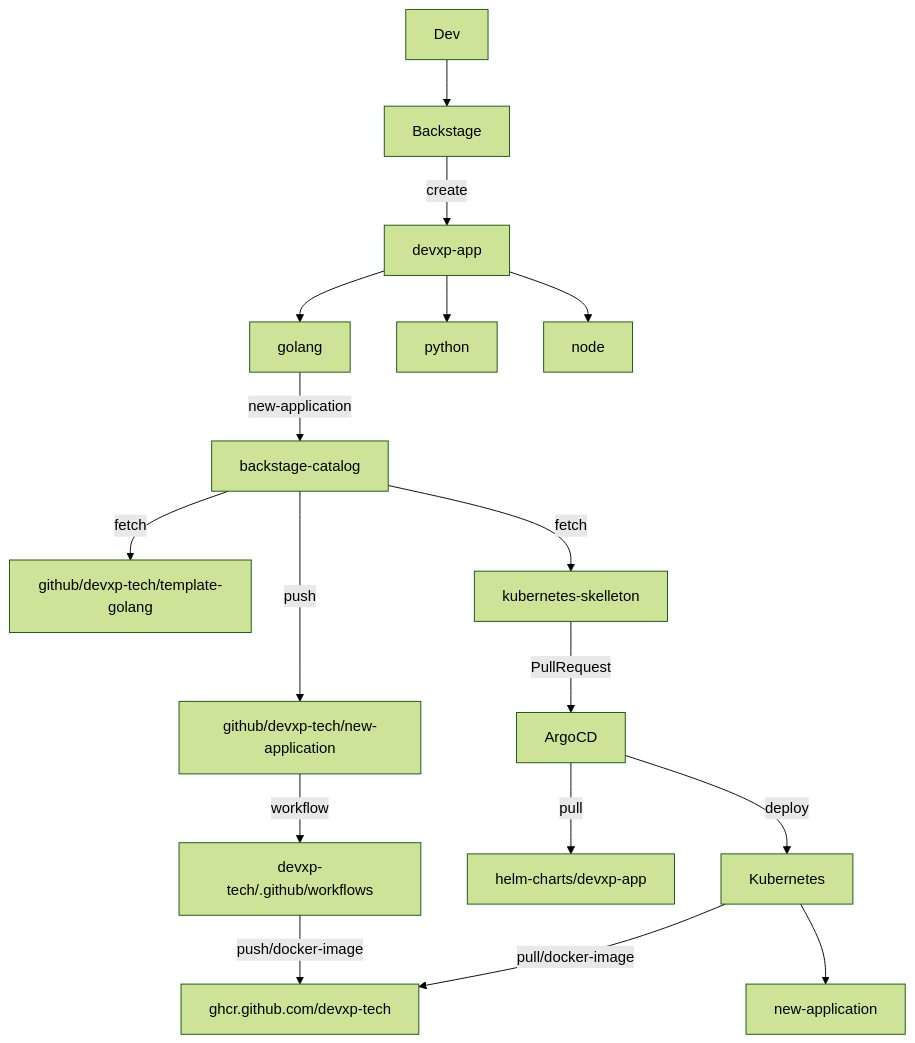
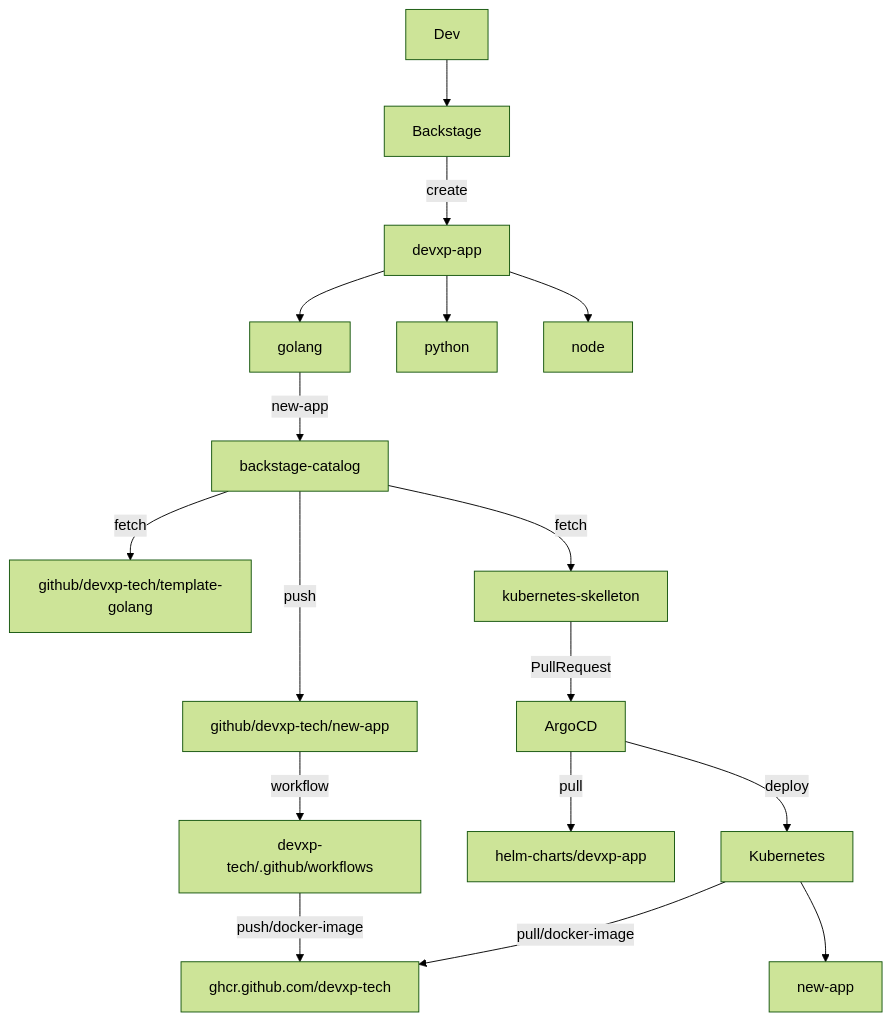
Before and after one commit to devxp-tech/backstage: the diagram in README.md, drawn with Mermaid (forest theme).

Commit message:
[ci skip] :up: Add Synk Workflow

````diff
--- a/README.md
+++ b/README.md
@@ -57,19 +57,19 @@
 ```mermaid
 graph TD;
     Dev-->Backstage;
     Backstage--create-->devxp-app;
     devxp-app-->golang;
     devxp-app-->python;
     devxp-app-->node;
-    golang--new-application-->backstage-catalog;
+    golang--new-app-->backstage-catalog;
     backstage-catalog--fetch-->github/devxp-tech/template-golang;
     backstage-catalog--fetch-->kubernetes-skelleton;
-    backstage-catalog--push-->github/devxp-tech/new-application;
+    backstage-catalog--push-->github/devxp-tech/new-app;
     kubernetes-skelleton--PullRequest-->ArgoCD;
-    github/devxp-tech/new-application--workflow-->devxp-tech/.github/workflows;
+    github/devxp-tech/new-app--workflow-->devxp-tech/.github/workflows;
     ArgoCD--pull-->helm-charts/devxp-app;
     ArgoCD--deploy-->Kubernetes;
     devxp-tech/.github/workflows--push/docker-image-->ghcr.github.com/devxp-tech;
     Kubernetes--pull/docker-image-->ghcr.github.com/devxp-tech;
-    Kubernetes-->new-application;
+    Kubernetes-->new-app;
 ```
````
